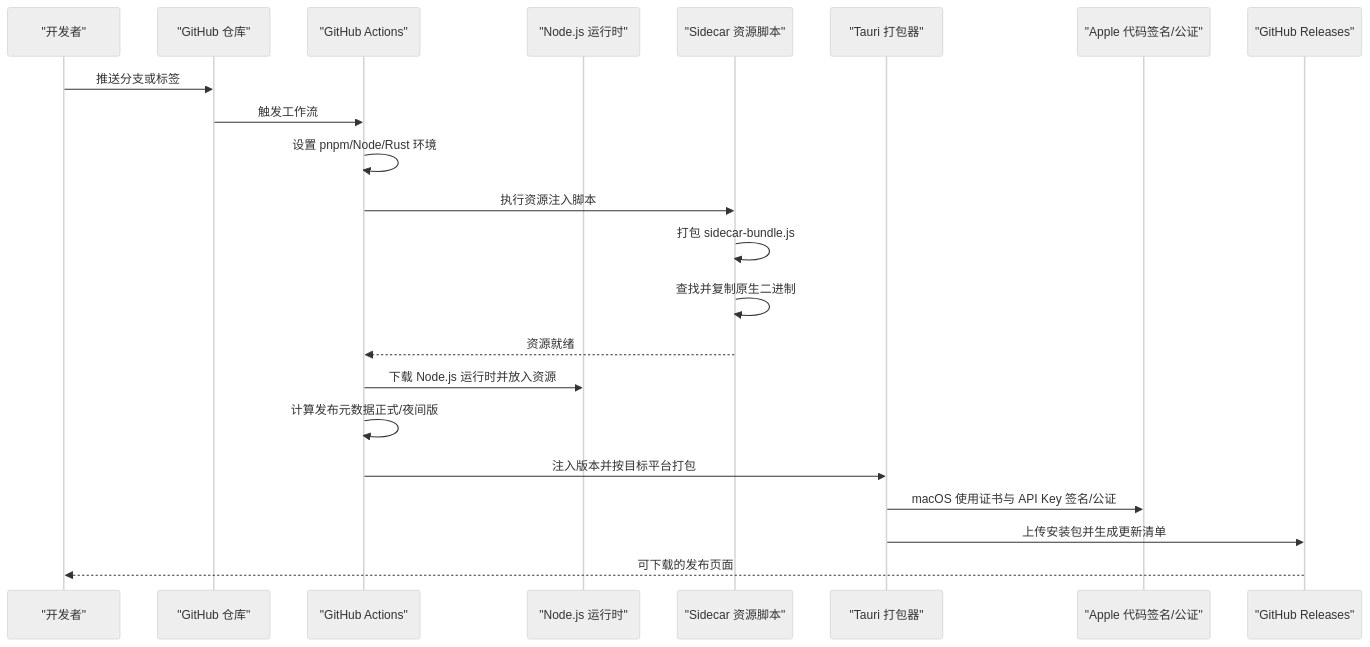
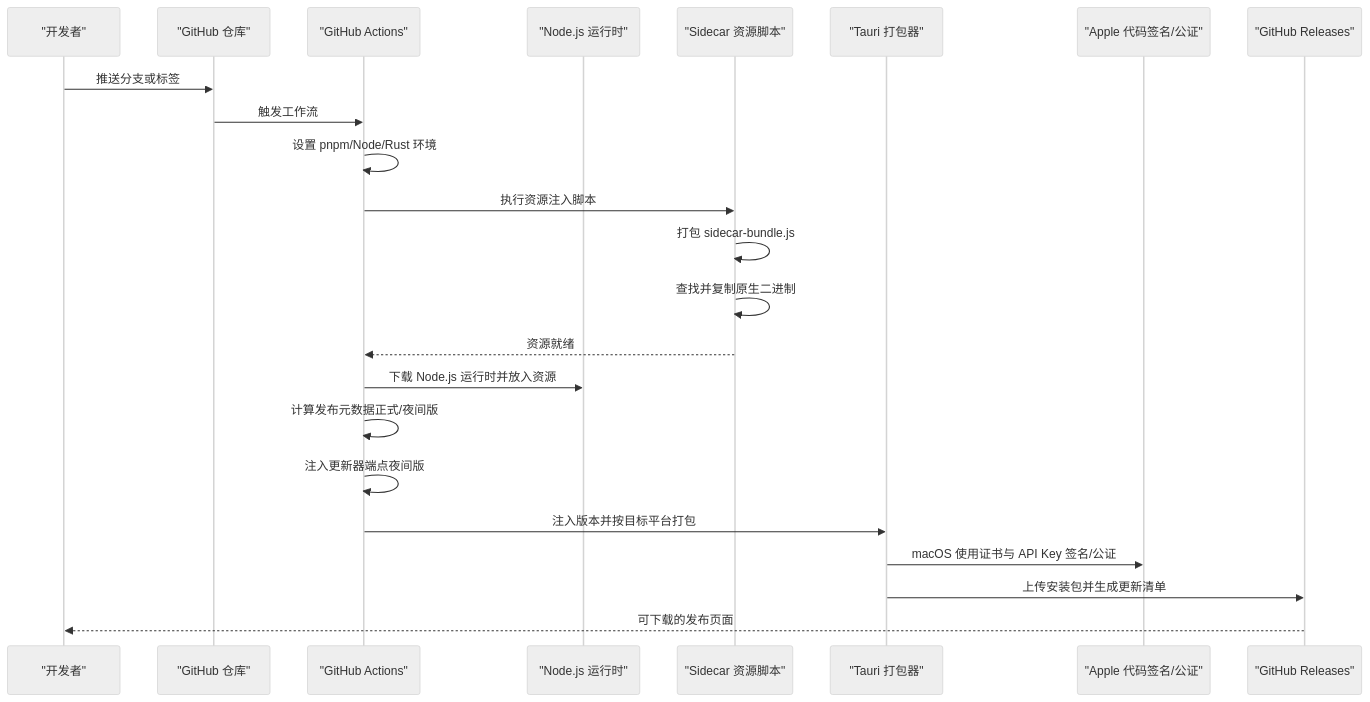
One commit to RabbitAI-Lab/RabbitCoding changed the second of 3 diagrams in .qoder/repowiki/zh/content/部署和发布/部署和发布.md. Above: the diagram before and after it, drawn with Mermaid (neutral theme). The commit also changed other lines of this file and 32 other files, not shown here.

````diff
--- a/.qoder/repowiki/zh/content/部署和发布/部署和发布.md
+++ b/.qoder/repowiki/zh/content/部署和发布/部署和发布.md
@@ -93,24 +102,25 @@
 ```mermaid
 sequenceDiagram
 participant Dev as "开发者"
 participant GH as "GitHub 仓库"
 participant CI as "GitHub Actions"
 participant Node as "Node.js 运行时"
 participant Sidecar as "Sidecar 资源脚本"
 participant Tauri as "Tauri 打包器"
 participant Apple as "Apple 代码签名/公证"
 participant Rel as "GitHub Releases"
 Dev->>GH : 推送分支或标签
 GH->>CI : 触发工作流
 CI->>CI : 设置 pnpm/Node/Rust 环境
 CI->>Sidecar : 执行资源注入脚本
 Sidecar->>Sidecar : 打包 sidecar-bundle.js
 Sidecar->>Sidecar : 查找并复制原生二进制
 Sidecar-->>CI : 资源就绪
 CI->>Node : 下载 Node.js 运行时并放入资源
 CI->>CI : 计算发布元数据正式/夜间版
+CI->>CI : 注入更新器端点夜间版
 CI->>Tauri : 注入版本并按目标平台打包
 Tauri->>Apple : macOS 使用证书与 API Key 签名/公证
 Tauri->>Rel : 上传安装包并生成更新清单
 Rel-->>Dev : 可下载的发布页面
 ```
````
